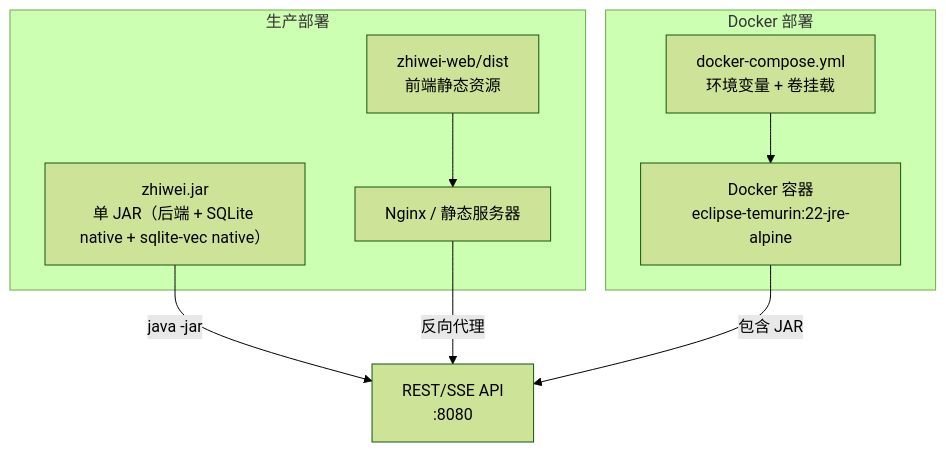
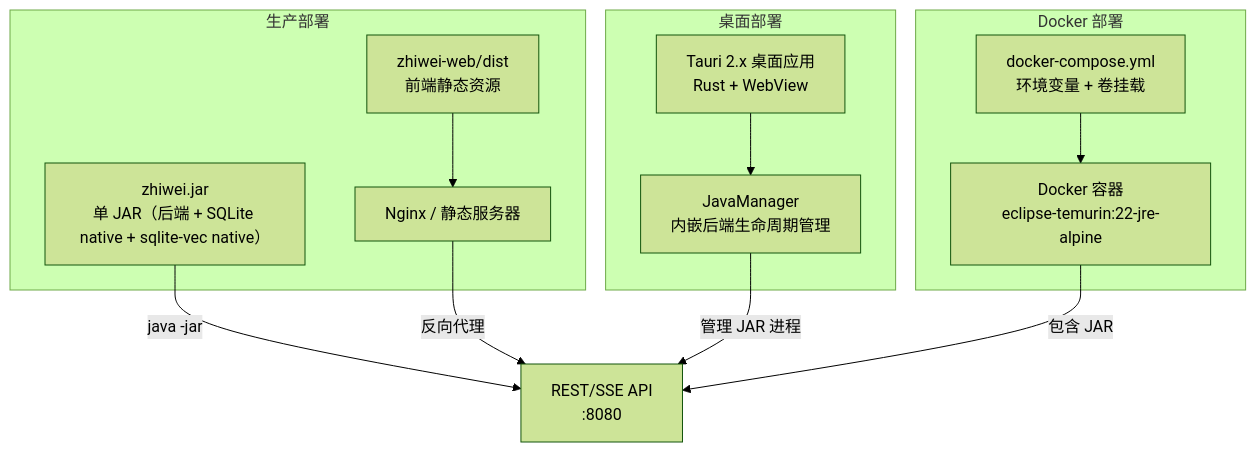
The fourth of 4 diagrams in docs/ARCHITECTURE.md (ntygod/LifePilot), drawn with Mermaid (forest theme) before and after one commit. The commit also changed other lines of this file and 13 other files, not shown here.

````diff
--- a/docs/ARCHITECTURE.md
+++ b/docs/ARCHITECTURE.md
@@ -204,18 +208,24 @@
 ```mermaid
 graph TB
     subgraph "生产部署"
         JAR["zhiwei.jar<br/>单 JAR（后端 + SQLite native + sqlite-vec native）"]
         WEBDIST["zhiwei-web/dist<br/>前端静态资源"]
         NGINX["Nginx / 静态服务器"]
+    end
+
+    subgraph "桌面部署"
+        TAURI["Tauri 2.x 桌面应用<br/>Rust + WebView"]
+        JAVA_MGR["JavaManager<br/>内嵌后端生命周期管理"]
     end
 
     subgraph "Docker 部署"
         DOCKER["Docker 容器<br/>eclipse-temurin:22-jre-alpine"]
         COMPOSE["docker-compose.yml<br/>环境变量 + 卷挂载"]
     end
 
     JAR -->|"java -jar"| API["REST/SSE API<br/>:8080"]
     WEBDIST --> NGINX -->|"反向代理"| API
+    TAURI --> JAVA_MGR -->|"管理 JAR 进程"| API
     DOCKER -->|"包含 JAR"| API
     COMPOSE --> DOCKER
 ```
````
